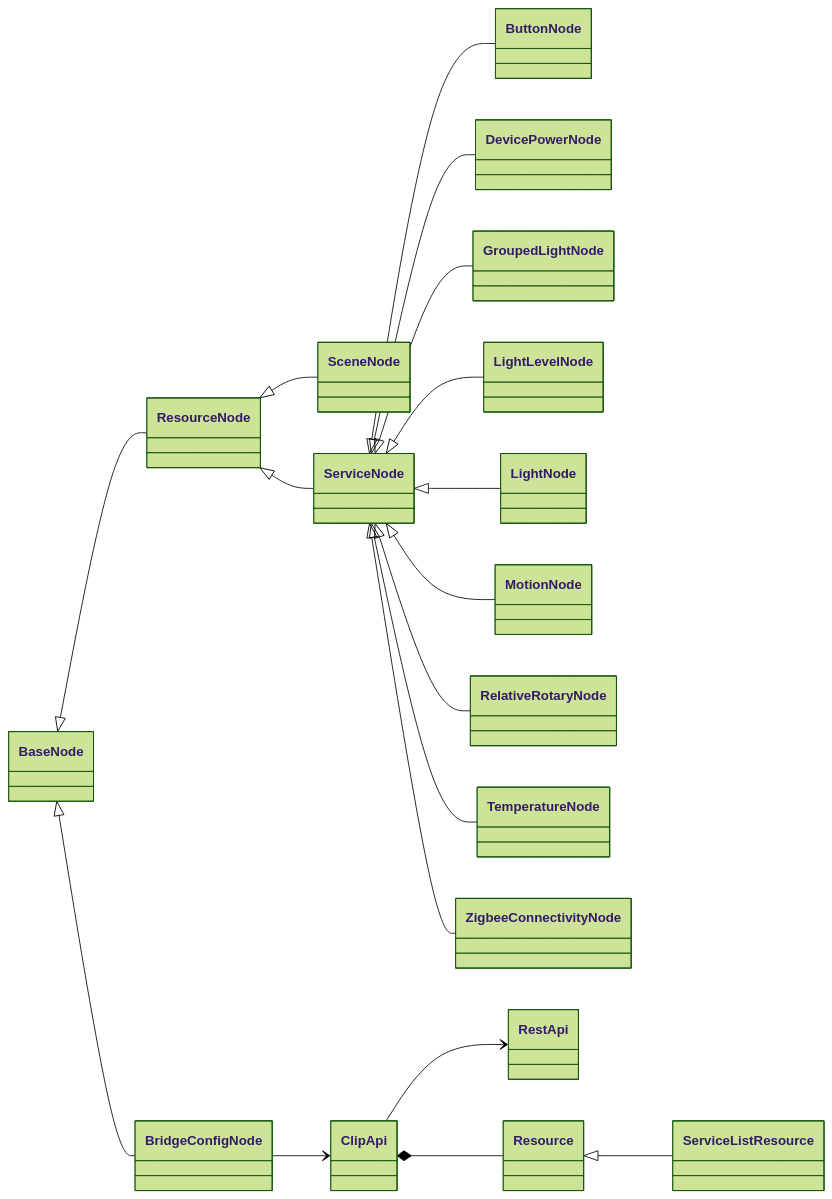
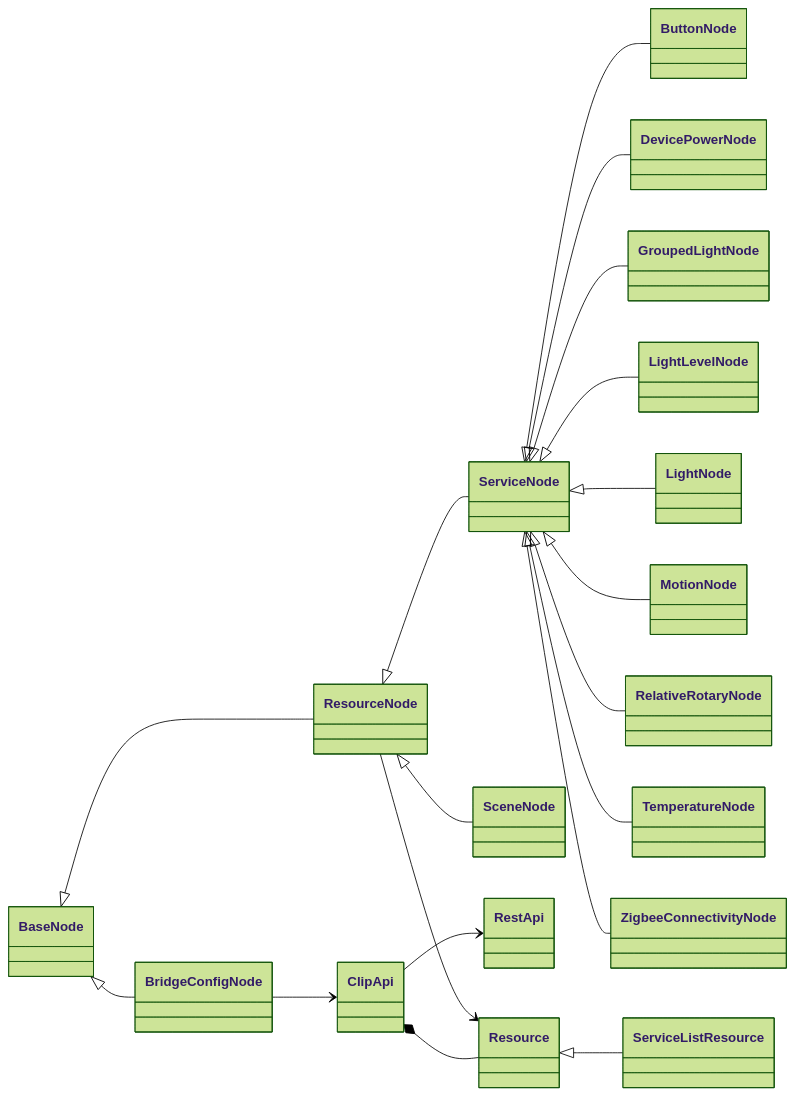
Before and after one commit to hurenkam/node-red-hue-services: the third of 3 diagrams in README.md, drawn with Mermaid (forest theme). The commit also changed other lines of this file, not shown here.

````diff
--- a/README.md
+++ b/README.md
@@ -67,22 +90,24 @@
 ```mermaid
 classDiagram
 direction LR
 BaseNode <|-- BridgeConfigNode
 BaseNode <|-- ResourceNode
-ResourceNode <|-- SceneNode
 ResourceNode <|-- ServiceNode
 ServiceNode <|-- ButtonNode
 ServiceNode <|-- DevicePowerNode
 ServiceNode <|-- GroupedLightNode
 ServiceNode <|-- LightLevelNode
 ServiceNode <|-- LightNode
 ServiceNode <|-- MotionNode
 ServiceNode <|-- RelativeRotaryNode
 ServiceNode <|-- TemperatureNode
 ServiceNode <|-- ZigbeeConnectivityNode
+ResourceNode <|-- SceneNode
 
 BridgeConfigNode --> ClipApi
 ClipApi --> RestApi
 ClipApi *-- Resource
 Resource <|-- ServiceListResource
+ResourceNode --> Resource
+
 ```
````
